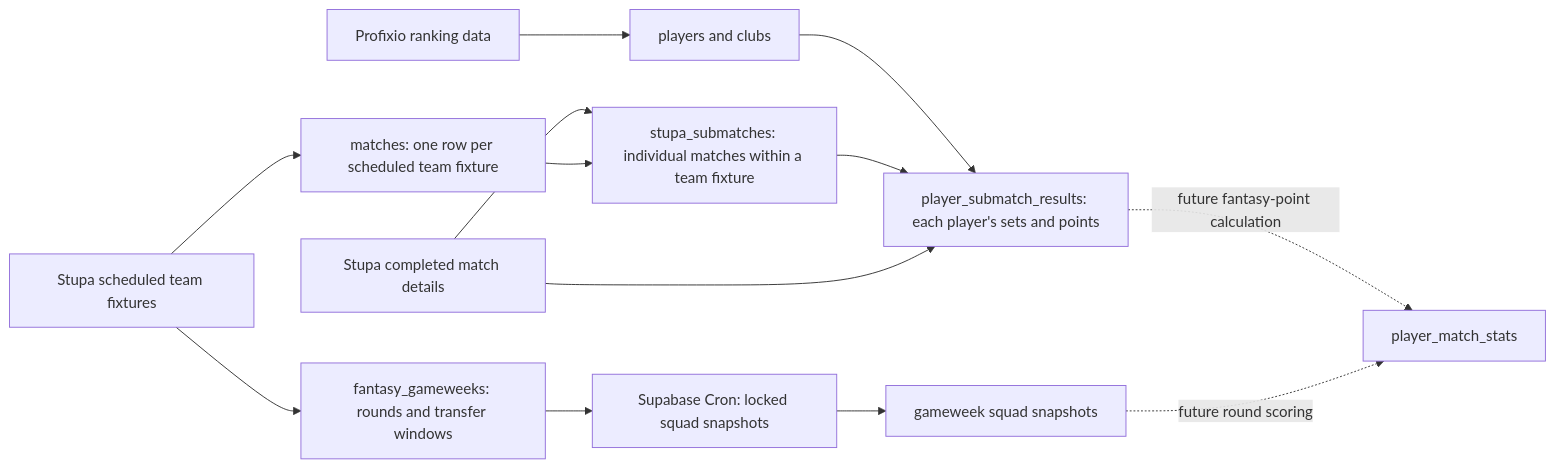
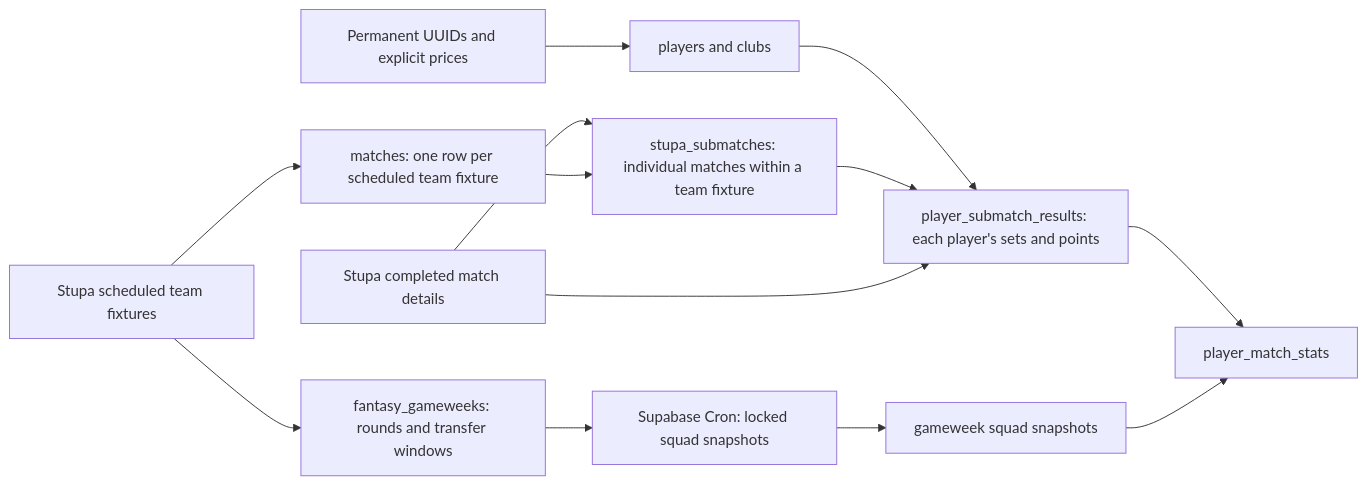
Before and after one commit to BE4M3R/fantasy-pingisligan: the second of 2 diagrams in docs/architecture.md, drawn with Mermaid. The commit also changed other lines of this file and 39 other files, not shown here.

First line of the commit message:
feat: replace Profixio sync with production-backed player catalogue

````diff
--- a/docs/architecture.md
+++ b/docs/architecture.md
@@ -33,15 +33,15 @@
 ```mermaid
 flowchart LR
-    Profixio[Profixio ranking data] --> Players[players and clubs]
+    Catalogue[Permanent UUIDs and explicit prices] --> Players[players and clubs]
     Schedule[Stupa scheduled team fixtures] --> Gameweeks[fantasy_gameweeks: rounds and transfer windows]
     Schedule --> Matches[matches: one row per scheduled team fixture]
     Completed[Stupa completed match details] --> Submatches[stupa_submatches: individual matches within a team fixture]
     Matches --> Submatches
     Players --> PlayerResults[player_submatch_results: each player's sets and points]
     Submatches --> PlayerResults
     Completed --> PlayerResults
-    PlayerResults -. future fantasy-point calculation .-> Stats[player_match_stats]
+    PlayerResults --> Stats[player_match_stats]
     Gameweeks --> SnapshotCron[Supabase Cron: locked squad snapshots]
     SnapshotCron --> Snapshots[gameweek squad snapshots]
-    Snapshots -. future round scoring .-> Stats
+    Snapshots --> Stats
 ```
````
